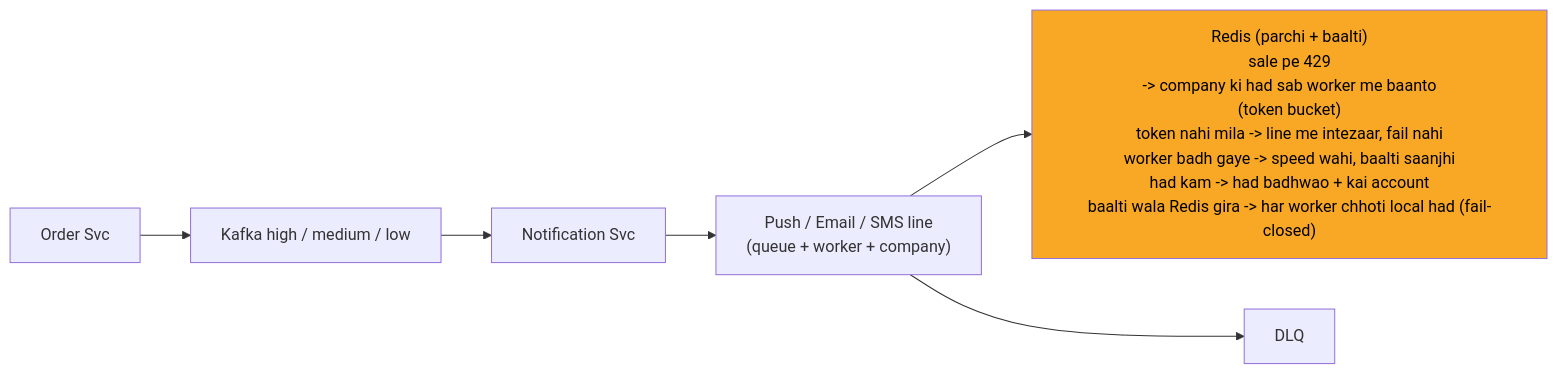
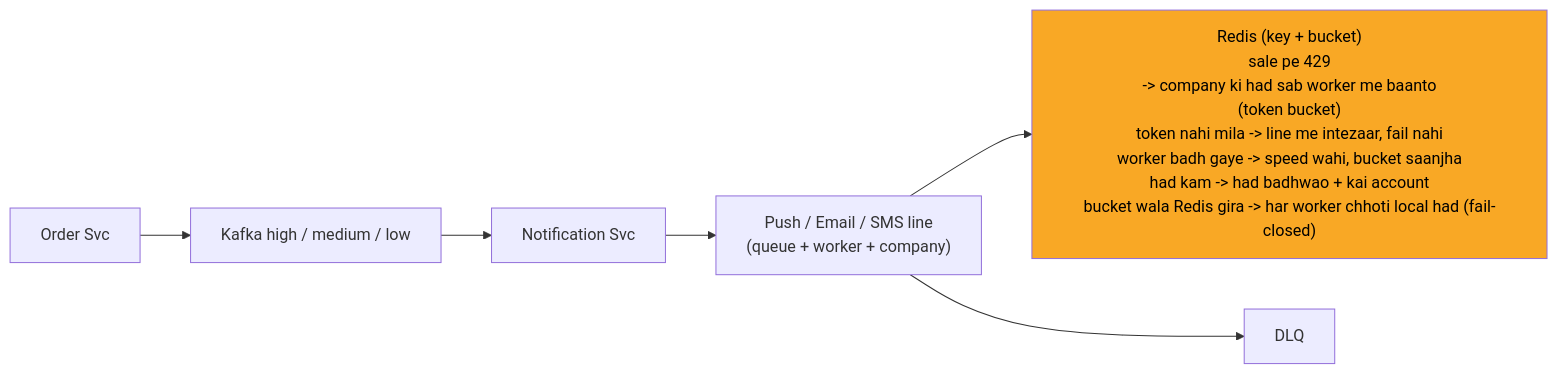
One commit to ArpanMaheshwari144/Prep changed the ninth of 13 diagrams in 04_HLD/SYSTEM_DESIGNS/04_notification_system/04_notification_system.md. Above: the diagram before and after it, drawn with Mermaid. The commit also changed other lines of this file and 12 other files, not shown here.

Commit message:
hld 14 file: upma hatayi (thaila/parchi/taar/diary/ghadi/baalti/fuse/register) -> seedha technical shabd

````diff
--- a/04_HLD/SYSTEM_DESIGNS/04_notification_system/04_notification_system.md
+++ b/04_HLD/SYSTEM_DESIGNS/04_notification_system/04_notification_system.md
@@ -370,16 +370,16 @@
 ```mermaid
 %%{init: {"flowchart": {"wrappingWidth": 450}}}%%
 flowchart LR
     n_Order_Svc["Order Svc"]
     n_Kafka["Kafka high / medium / low"]
     n_Notification_Svc["Notification Svc"]
     n_LINES["Push / Email / SMS line<br/>(queue + worker + company)"]
-    n_Redis["Redis (parchi + baalti)<br/>sale pe 429<br/>-> company ki had sab worker me baanto<br/>(token bucket)<br/>token nahi mila -> line me intezaar, fail nahi<br/>worker badh gaye -> speed wahi, baalti saanjhi<br/>had kam -> had badhwao + kai account<br/>baalti wala Redis gira -> har worker chhoti local had (fail-closed)"]
+    n_Redis["Redis (key + bucket)<br/>sale pe 429<br/>-> company ki had sab worker me baanto<br/>(token bucket)<br/>token nahi mila -> line me intezaar, fail nahi<br/>worker badh gaye -> speed wahi, bucket saanjha<br/>had kam -> had badhwao + kai account<br/>bucket wala Redis gira -> har worker chhoti local had (fail-closed)"]
     n_DLQ["DLQ"]
     n_Order_Svc --> n_Kafka
     n_Kafka --> n_Notification_Svc
     n_Notification_Svc --> n_LINES
     n_LINES --> n_Redis
     n_LINES --> n_DLQ
     style n_Redis fill:#f9a825,color:#000
 ```
````
